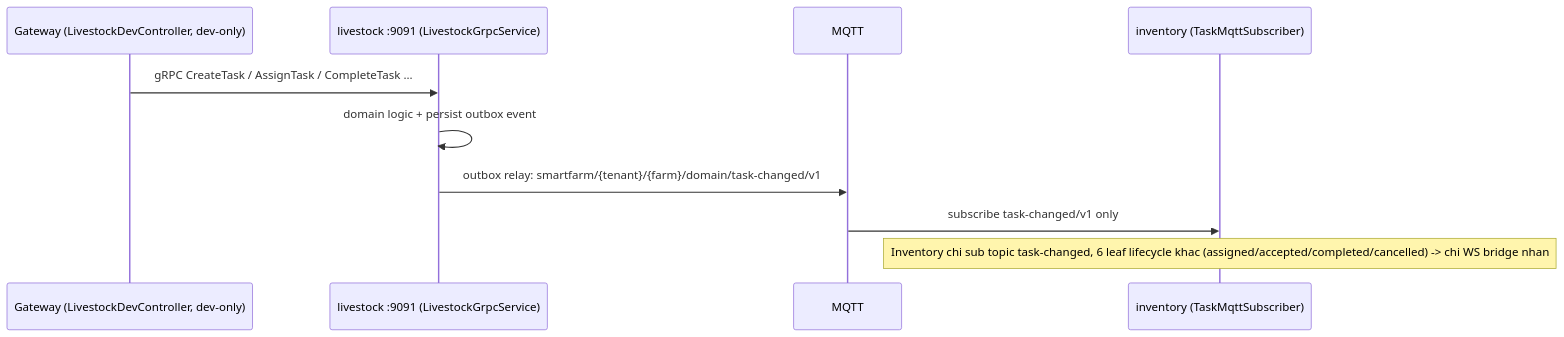
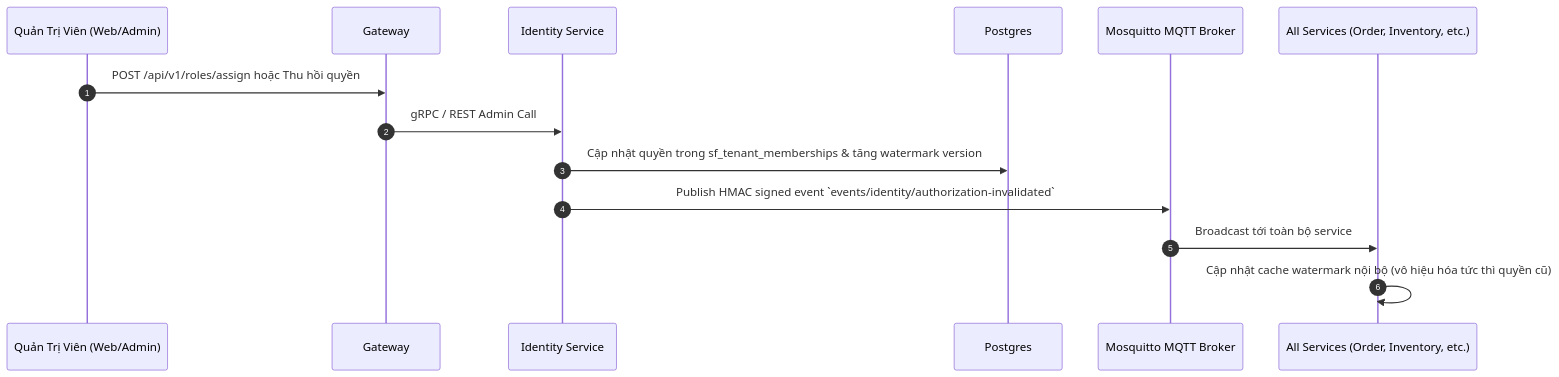
The fifth of 5 diagrams in docs/architecture/request-flows.md (hatrongvu13/smartfarm-platform-maven-starter), drawn with Mermaid before and after one commit. The commit also changed other lines of this file and 16 other files, not shown here.

````diff
--- a/docs/architecture/request-flows.md
+++ b/docs/architecture/request-flows.md
@@ -119,13 +149,17 @@
 ```mermaid
 sequenceDiagram
-  participant GW as Gateway (LivestockDevController, dev-only)
-  participant LIV as livestock :9091 (LivestockGrpcService)
-  participant MQTT as MQTT
-  participant INV as inventory (TaskMqttSubscriber)
+  autonumber
+  participant Admin as Quản Trị Viên (Web/Admin)
+  participant GW as Gateway
+  participant ID as Identity Service
+  participant PG as Postgres
+  participant MQTT as Mosquitto MQTT Broker
+  participant ALL as All Services (Order, Inventory, etc.)
 
-  GW->>LIV: gRPC CreateTask / AssignTask / CompleteTask ...
-  LIV->>LIV: domain logic + persist outbox event
-  LIV->>MQTT: outbox relay: smartfarm/{tenant}/{farm}/domain/task-changed/v1
-  MQTT->>INV: subscribe task-changed/v1 only
-  Note over INV: Inventory chi sub topic task-changed, 6 leaf lifecycle khac (assigned/accepted/completed/cancelled) -> chi WS bridge nhan
+  Admin->>GW: POST /api/v1/roles/assign hoặc Thu hồi quyền
+  GW->>ID: gRPC / REST Admin Call
+  ID->>PG: Cập nhật quyền trong sf_tenant_memberships & tăng watermark version
+  ID->>MQTT: Publish HMAC signed event `events/identity/authorization-invalidated`
+  MQTT->>ALL: Broadcast tới toàn bộ service
+  ALL->>ALL: Cập nhật cache watermark nội bộ (vô hiệu hóa tức thì quyền cũ)
 ```
````
